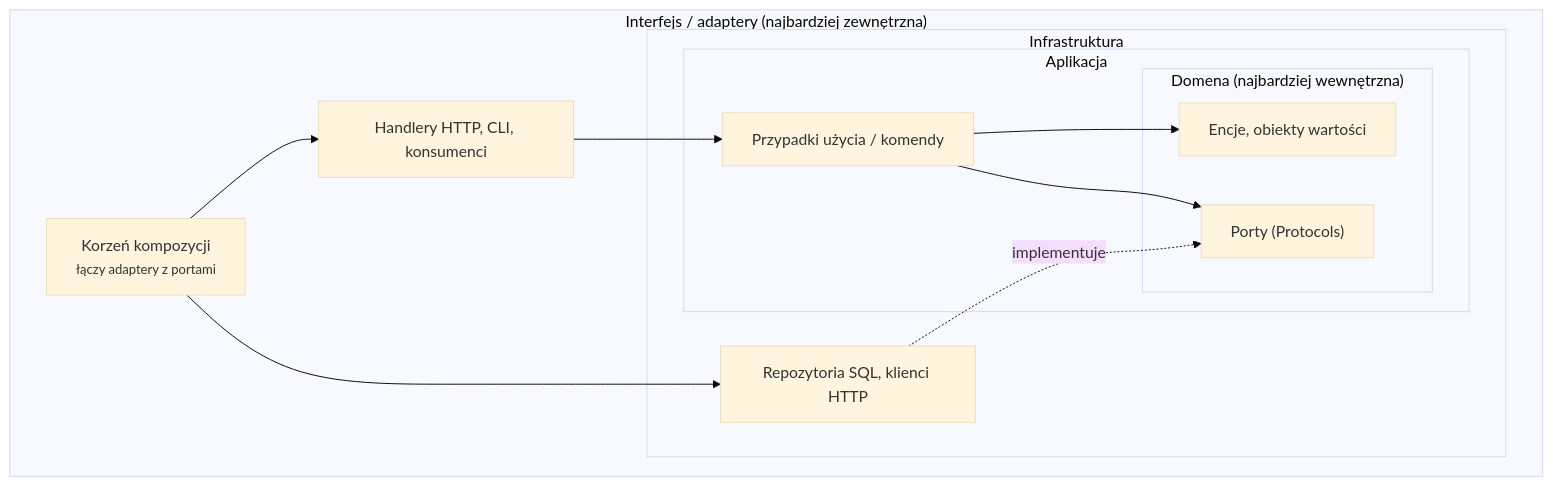
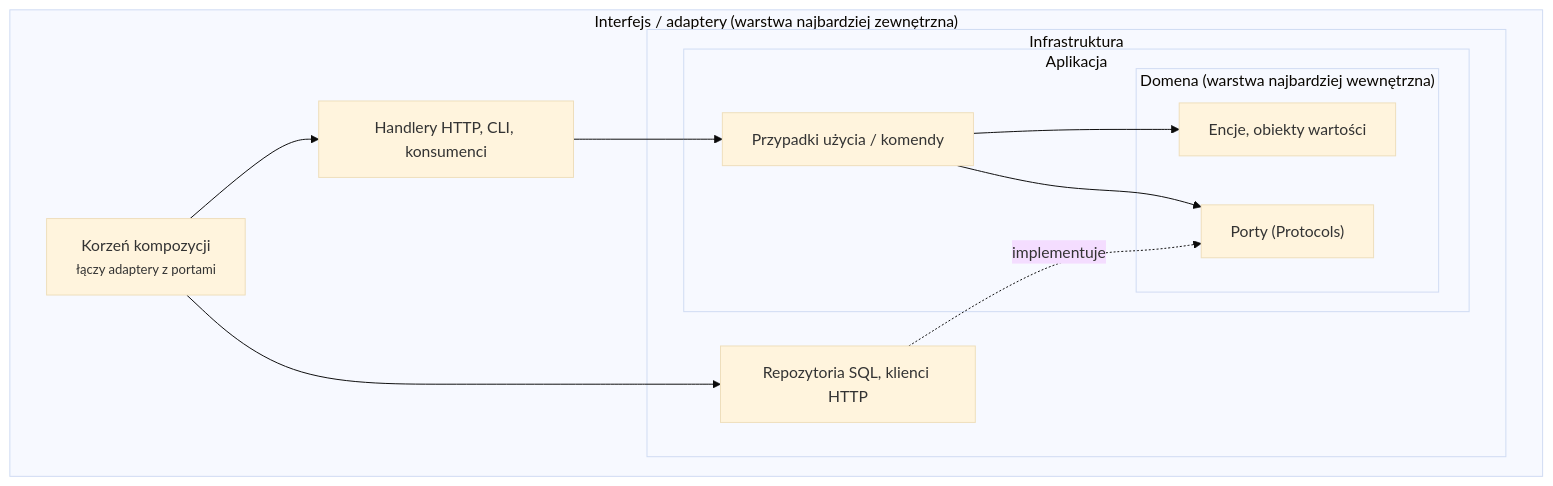
Before and after one commit to SirCypkowskyy/inwards: the diagram in docs/pl/07-Glossary.md, drawn with Mermaid (base theme). The commit also changed other lines of this file and 21 other files, not shown here.

````diff
--- a/docs/pl/07-Glossary.md
+++ b/docs/pl/07-Glossary.md
@@ -12,23 +12,23 @@
 ```mermaid
 flowchart TB
-    subgraph outer["Interfejs / adaptery (najbardziej zewnętrzna)"]
+    subgraph outer["Interfejs / adaptery (warstwa najbardziej zewnętrzna)"]
         root["Korzeń kompozycji<br/><small>łączy adaptery z portami</small>"]
         api["Handlery HTTP, CLI, konsumenci"]
         subgraph infra["Infrastruktura"]
             db["Repozytoria SQL, klienci HTTP"]
             subgraph app["Aplikacja"]
                 uc["Przypadki użycia / komendy"]
-                subgraph dom["Domena (najbardziej wewnętrzna)"]
+                subgraph dom["Domena (warstwa najbardziej wewnętrzna)"]
                     ent["Encje, obiekty wartości"]
                     port["Porty (Protocols)"]
                 end
             end
         end
     end
     api --> uc
     uc --> ent
     uc --> port
     db -. "implementuje" .-> port
     root --> api
     root --> db
 ```
````
